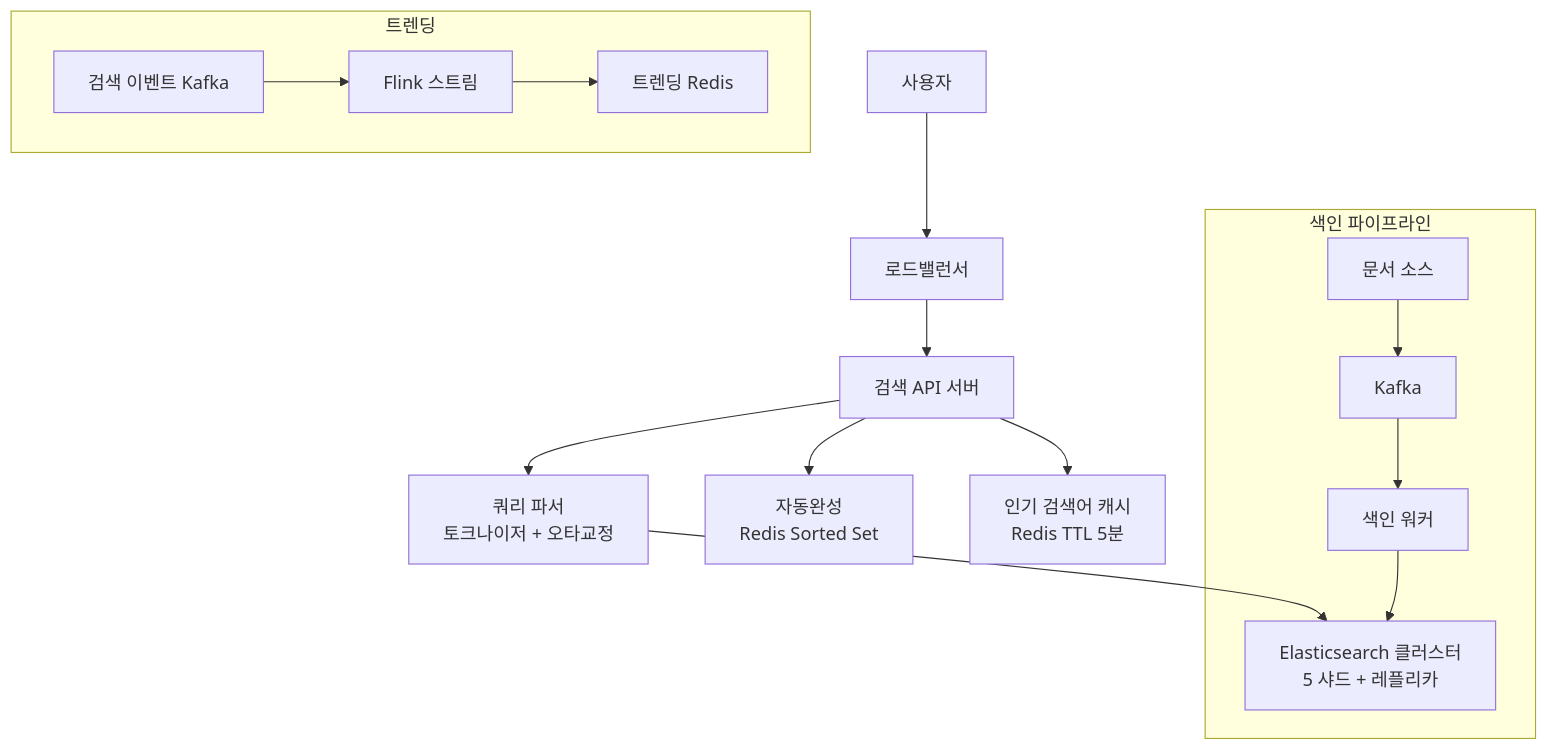
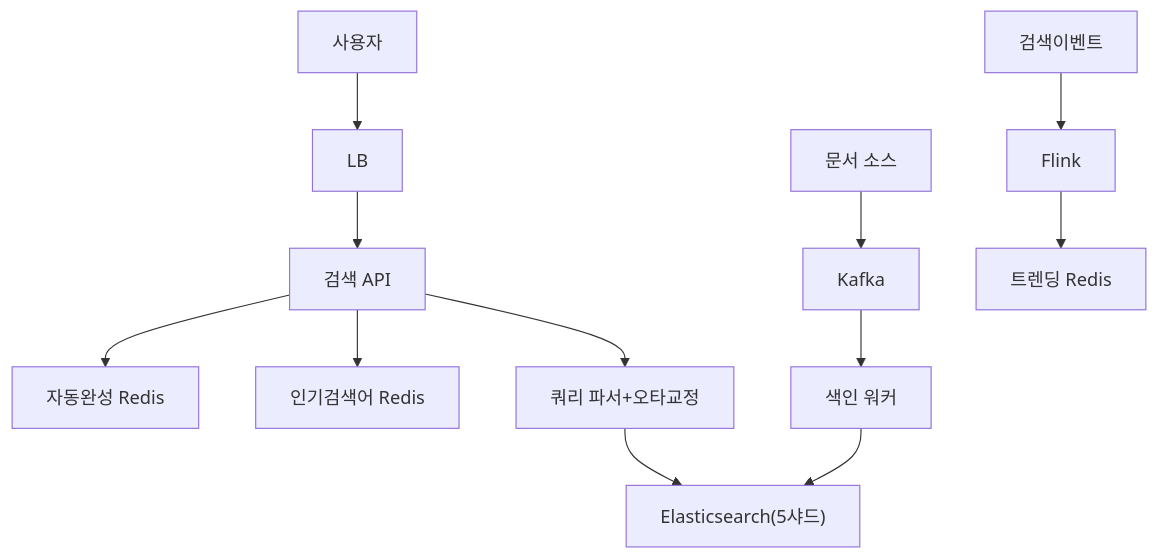
The fifth of 5 diagrams in _posts/systemdesign/2026-05-02-system-design-search.md (yjkim2015/yjkim2015.github.io), drawn with Mermaid before and after one commit. The commit also changed other lines of this file and 215 other files, not shown here.

First line of the commit message:
신규 포스트 10개 추가 + Mermaid 전면 축소 + SystemDesign 시리즈 보강

````diff
--- a/_posts/systemdesign/2026-05-02-system-design-search.md
+++ b/_posts/systemdesign/2026-05-02-system-design-search.md
@@ -337,21 +413,10 @@
 ```mermaid
 graph TD
-    User["사용자"] --> LB["로드밸런서"]
-    LB --> SearchAPI["검색 API 서버"]
-
-    SearchAPI --> AC["자동완성\nRedis Sorted Set"]
-    SearchAPI --> Cache["인기 검색어 캐시\nRedis TTL 5분"]
-    SearchAPI --> QP["쿼리 파서\n토크나이저 + 오타교정"]
-    QP --> ES["Elasticsearch 클러스터\n5 샤드 + 레플리카"]
-
-    subgraph "색인 파이프라인"
-        DocSrc["문서 소스"] --> Kafka["Kafka"]
-        Kafka --> Worker["색인 워커"]
-        Worker --> ES
-    end
-
-    subgraph "트렌딩"
-        Kafka2["검색 이벤트 Kafka"] --> Flink["Flink 스트림"]
-        Flink --> TrendRedis["트렌딩 Redis"]
-    end
+    User["사용자"] --> LB["LB"] --> API["검색 API"]
+    API --> AC["자동완성 Redis"]
+    API --> Cache["인기검색어 Redis"]
+    API --> QP["쿼리 파서+오타교정"]
+    QP --> ES["Elasticsearch(5샤드)"]
+    DocSrc["문서 소스"] --> Kafka["Kafka"] --> Worker["색인 워커"] --> ES
+    Kafka2["검색이벤트"] --> Flink["Flink"] --> TrendRedis["트렌딩 Redis"]
 ```
````
